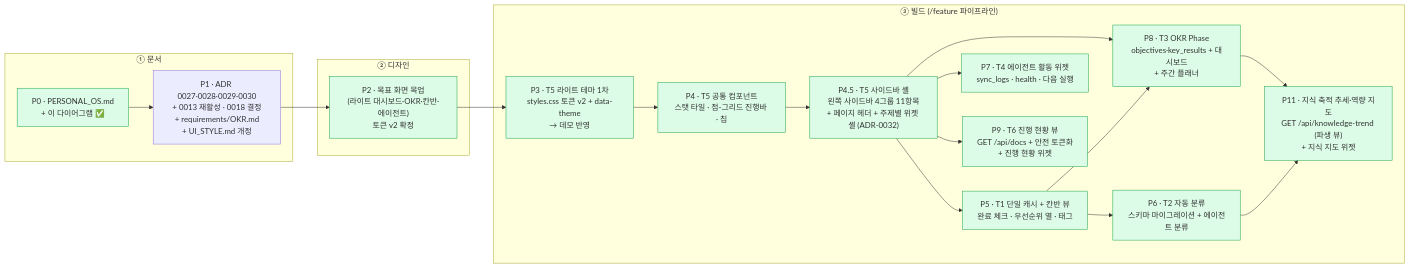
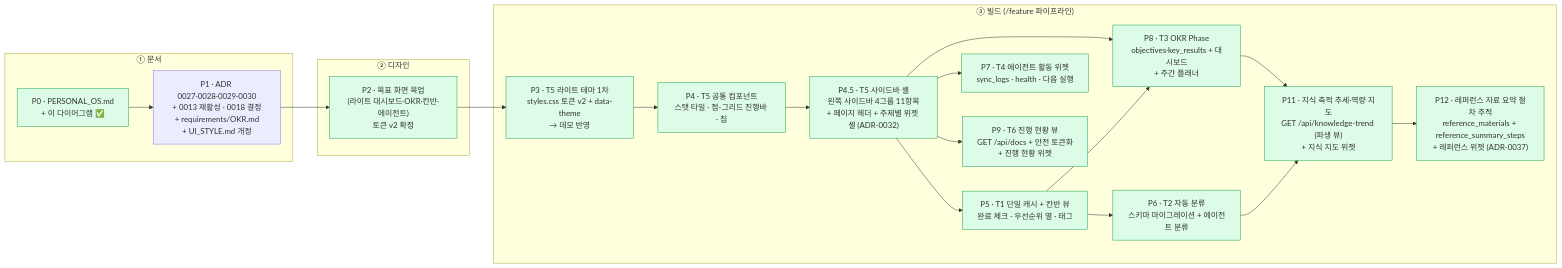
The diagram in docs/progress/PROGRESS.md (gamercross/my-setup-proj), drawn with Mermaid before and after one commit. The commit also changed other lines of this file and 34 other files, not shown here.

First line of the commit message:
feat: 레퍼런스 자료 요약 절차 추적 (ADR-0037, P12)

````diff
--- a/docs/progress/PROGRESS.md
+++ b/docs/progress/PROGRESS.md
@@ -304,42 +304,45 @@
 ```mermaid
 flowchart LR
   subgraph DOC["① 문서"]
     P0["P0 · PERSONAL_OS.md<br/>+ 이 다이어그램 ✅"]
     P1["P1 · ADR 0027·0028·0029·0030<br/>+ 0013 재활성 · 0018 결정<br/>+ requirements/OKR.md<br/>+ UI_STYLE.md 개정"]
   end
   subgraph DES["② 디자인"]
     P2["P2 · 목표 화면 목업<br/>(라이트 대시보드·OKR·칸반·에이전트)<br/>토큰 v2 확정"]
   end
   subgraph BUILD["③ 빌드 (/feature 파이프라인)"]
     P3["P3 · T5 라이트 테마 1차<br/>styles.css 토큰 v2 + data-theme<br/>→ 데모 반영"]
     P4["P4 · T5 공통 컴포넌트<br/>스탯 타일 · 점-그리드 진행바 · 칩"]
     P45["P4.5 · T5 사이드바 셸<br/>왼쪽 사이드바 4그룹 11항목<br/>+ 페이지 헤더 + 주제별 위젯 셸 (ADR-0032)"]
     P5["P5 · T1 단일 캐시 + 칸반 뷰<br/>완료 체크 · 우선순위 열 · 태그"]
     P6["P6 · T2 자동 분류<br/>스키마 마이그레이션 + 에이전트 분류"]
     P7["P7 · T4 에이전트 활동 위젯<br/>sync_logs · health · 다음 실행"]
     P8["P8 · T3 OKR Phase<br/>objectives·key_results + 대시보드<br/>+ 주간 플래너"]
     P9["P9 · T6 진행 현황 뷰<br/>GET /api/docs + 안전 토큰화<br/>+ 진행 현황 위젯"]
     P11["P11 · 지식 축적 추세·역량 지도<br/>GET /api/knowledge-trend (파생 뷰)<br/>+ 지식 지도 위젯"]
+    P12["P12 · 레퍼런스 자료 요약 절차 추적<br/>reference_materials + reference_summary_steps<br/>+ 레퍼런스 위젯 (ADR-0037)"]
   end
 
   P0 --> P1 --> P2 --> P3 --> P4 --> P45
   P45 --> P5 --> P6
   P45 --> P7
   P45 --> P8
   P45 --> P9
   P5 --> P8
   P8 --> P11
   P6 --> P11
+  P11 --> P12
 
   style P0 fill:#dcfce7,stroke:#16a34a
   style P2 fill:#dcfce7,stroke:#16a34a
   style P3 fill:#dcfce7,stroke:#16a34a
   style P4 fill:#dcfce7,stroke:#16a34a
   style P45 fill:#dcfce7,stroke:#16a34a
   style P5 fill:#dcfce7,stroke:#16a34a
   style P6 fill:#dcfce7,stroke:#16a34a
   style P7 fill:#dcfce7,stroke:#16a34a
   style P8 fill:#dcfce7,stroke:#16a34a
   style P9 fill:#dcfce7,stroke:#16a34a
   style P11 fill:#dcfce7,stroke:#16a34a
+  style P12 fill:#dcfce7,stroke:#16a34a
 ```
````
